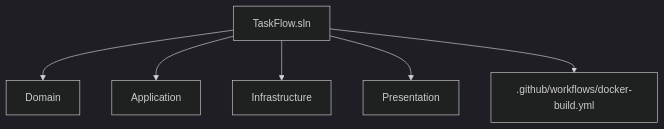
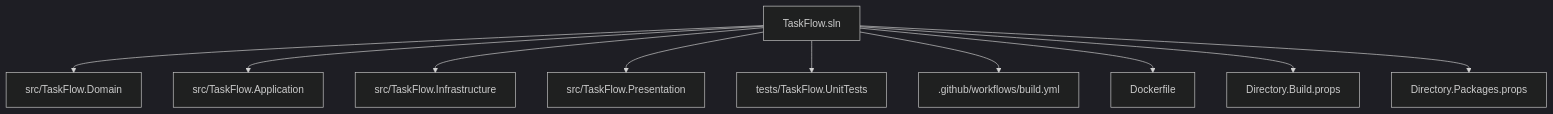
One commit to vip32/TaskFlow changed diagram 17 of 17 in docs/SYSTEMDESIGN.md. Above: the diagram before and after it, drawn with Mermaid (dark theme). The commit also changed other lines of this file and 10 other files, not shown here.

````diff
--- a/docs/SYSTEMDESIGN.md
+++ b/docs/SYSTEMDESIGN.md
@@ -1632,8 +1646,12 @@
 ```mermaid
 flowchart TD
-    Root["TaskFlow.sln"] --> Domain["Domain"]
-    Root --> Application["Application"]
-    Root --> Infrastructure["Infrastructure"]
-    Root --> Presentation["Presentation"]
-    Root --> CI[".github/workflows/docker-build.yml"]
+    Root["TaskFlow.sln"] --> Domain["src/TaskFlow.Domain"]
+    Root --> Application["src/TaskFlow.Application"]
+    Root --> Infrastructure["src/TaskFlow.Infrastructure"]
+    Root --> Presentation["src/TaskFlow.Presentation"]
+    Root --> Tests["tests/TaskFlow.UnitTests"]
+    Root --> CI[".github/workflows/build.yml"]
+    Root --> Docker["Dockerfile"]
+    Root --> BuildProps["Directory.Build.props"]
+    Root --> PackageProps["Directory.Packages.props"]
 ```
````
